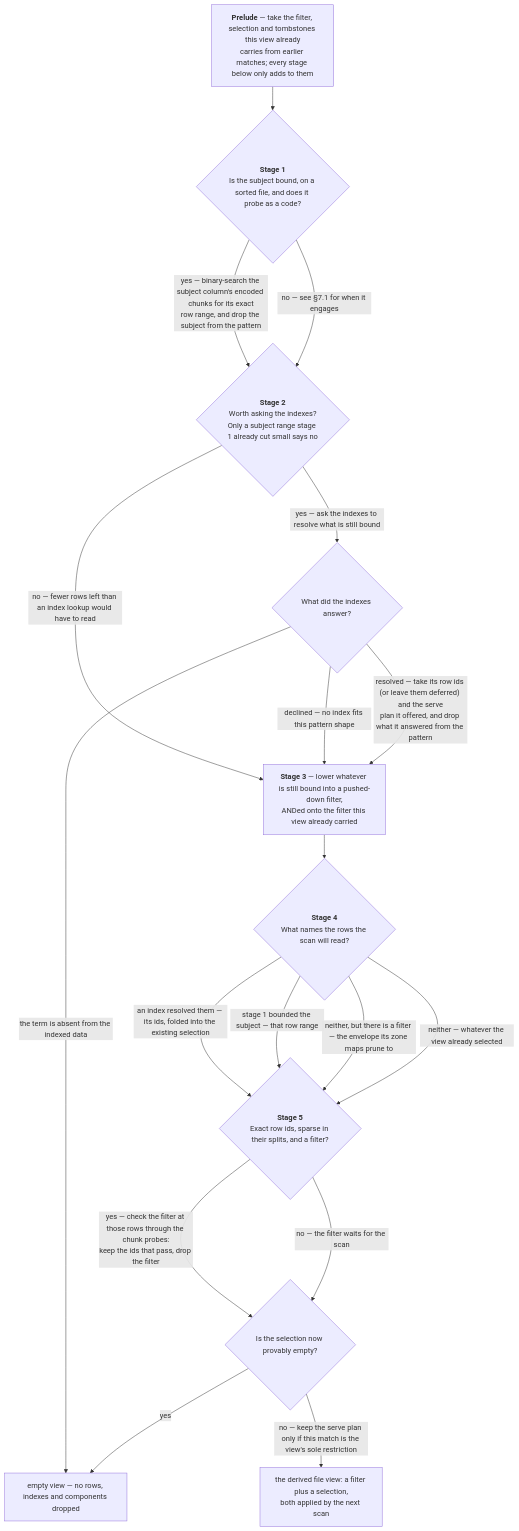
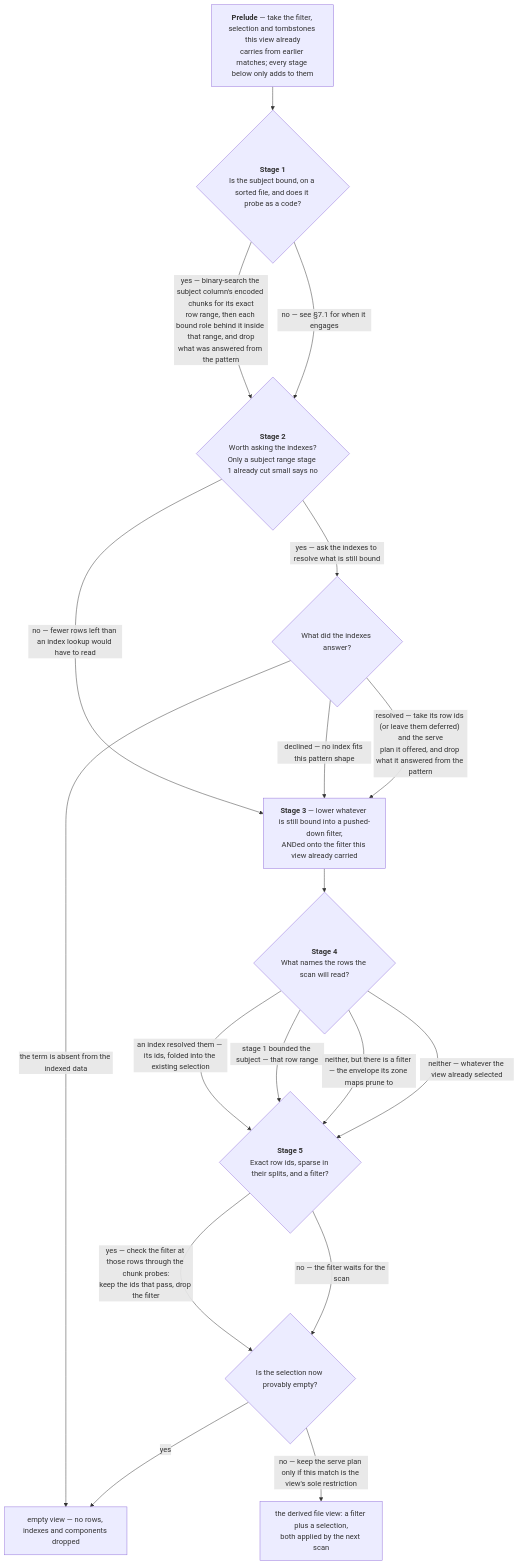
Before and after one commit to vortex-rdf/vortex-rdf: the fourth of 5 diagrams in docs/matching.md, drawn with Mermaid. The commit also changed other lines of this file and 5 other files, not shown here.

First line of the commit message:
perf(core): narrow a file subject run by the roles behind it

````diff
--- a/docs/matching.md
+++ b/docs/matching.md
@@ -484,35 +484,35 @@
 ```mermaid
 flowchart TD
     F0["<b>Prelude</b> — take the filter, selection and tombstones this view already<br/>carries from earlier matches; every stage below only adds to them"] --> F1
 
     F1{"<b>Stage 1</b><br/>Is the subject bound, on a sorted file, and does it probe as a code?"}
-    F1 -- "yes — binary-search the subject column's encoded chunks for its exact<br/>row range, and drop the subject from the pattern" --> F2
+    F1 -- "yes — binary-search the subject column's encoded chunks for its exact<br/>row range, then each bound role behind it inside that range, and drop<br/>what was answered from the pattern" --> F2
     F1 -- "no — see §7.1 for when it engages" --> F2
 
     F2{"<b>Stage 2</b><br/>Worth asking the indexes?<br/>Only a subject range stage 1 already cut small says no"}
     F2 -- "no — fewer rows left than an index lookup would have to read" --> F3
     F2 -- "yes — ask the indexes to resolve what is still bound" --> F2r
 
     F2r{"What did the indexes answer?"}
     F2r -- "the term is absent from the indexed data" --> X
     F2r -- "declined — no index fits this pattern shape" --> F3
     F2r -- "resolved — take its row ids (or leave them deferred) and the serve<br/>plan it offered, and drop what it answered from the pattern" --> F3
 
     F3["<b>Stage 3</b> — lower whatever is still bound into a pushed-down filter,<br/>ANDed onto the filter this view already carried"] --> F4
 
     F4{"<b>Stage 4</b><br/>What names the rows the scan will read?"}
     F4 -- "an index resolved them — its ids, folded into the existing selection" --> F4b
     F4 -- "stage 1 bounded the subject — that row range" --> F4b
     F4 -- "neither, but there is a filter — the envelope its zone maps prune to" --> F4b
     F4 -- "neither — whatever the view already selected" --> F4b
 
     F4b{"<b>Stage 5</b><br/>Exact row ids, sparse in their splits, and a filter?"}
     F4b -- "yes — check the filter at those rows through the chunk probes:<br/>keep the ids that pass, drop the filter" --> F5
     F4b -- "no — the filter waits for the scan" --> F5
 
     F5{"Is the selection now provably empty?"}
     F5 -- yes --> X
     F5 -- "no — keep the serve plan only if this match is the view's sole restriction" --> F6["the derived file view: a filter plus a selection,<br/>both applied by the next scan"]
 
     X["empty view — no rows, indexes and components dropped"]
 ```
````
